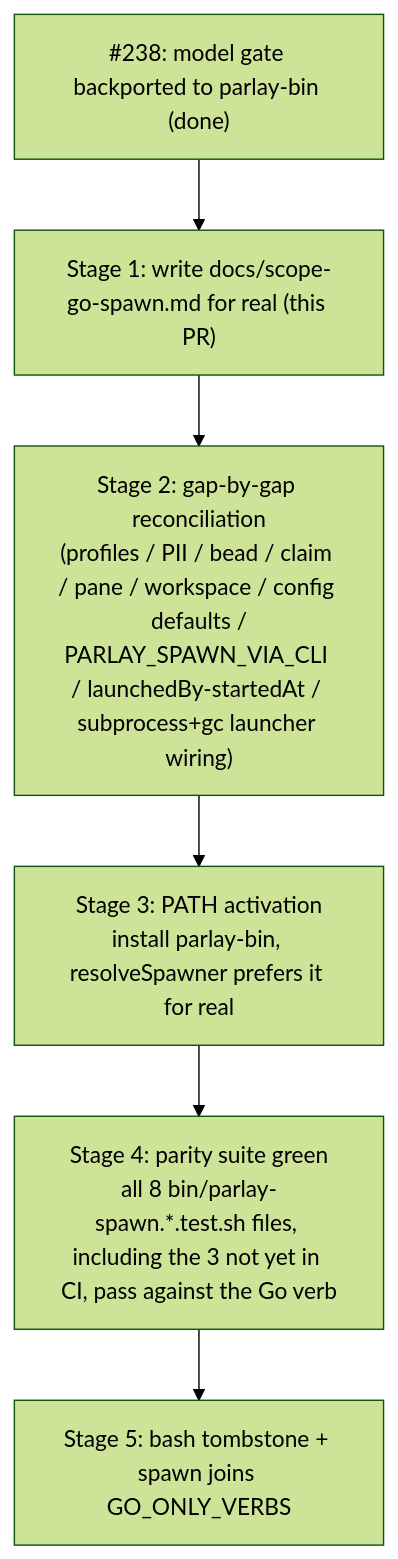
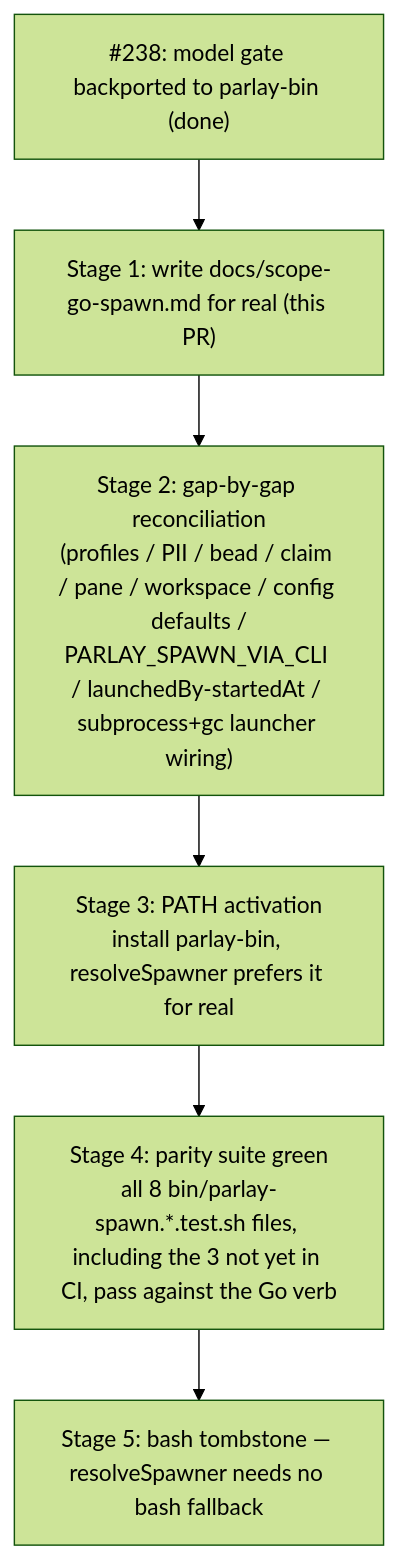
One commit to trillium/parlay changed the diagram in docs/scope-go-spawn.md. Above: the diagram before and after it, drawn with Mermaid (forest theme). The commit also changed other lines of this file, not shown here.

First line of the commit message:
docs: address coderabbit review findings on scope-go-spawn.md

````diff
--- a/docs/scope-go-spawn.md
+++ b/docs/scope-go-spawn.md
@@ -311,8 +313,8 @@
 ```mermaid
 flowchart TB
     M1["#238: model gate backported to parlay-bin (done)"] --> S["Stage 1: write docs/scope-go-spawn.md for real (this PR)"]
     S --> R1["Stage 2: gap-by-gap reconciliation<br/>(profiles / PII / bead / claim / pane / workspace / config defaults /<br/>PARLAY_SPAWN_VIA_CLI / launchedBy-startedAt / subprocess+gc launcher wiring)"]
     R1 --> R2["Stage 3: PATH activation<br/>install parlay-bin, resolveSpawner prefers it for real"]
     R2 --> R3["Stage 4: parity suite green<br/>all 8 bin/parlay-spawn.*.test.sh files, including the 3 not yet in CI, pass against the Go verb"]
-    R3 --> T["Stage 5: bash tombstone + spawn joins GO_ONLY_VERBS"]
+    R3 --> T["Stage 5: bash tombstone — resolveSpawner needs no bash fallback"]
 ```
````
